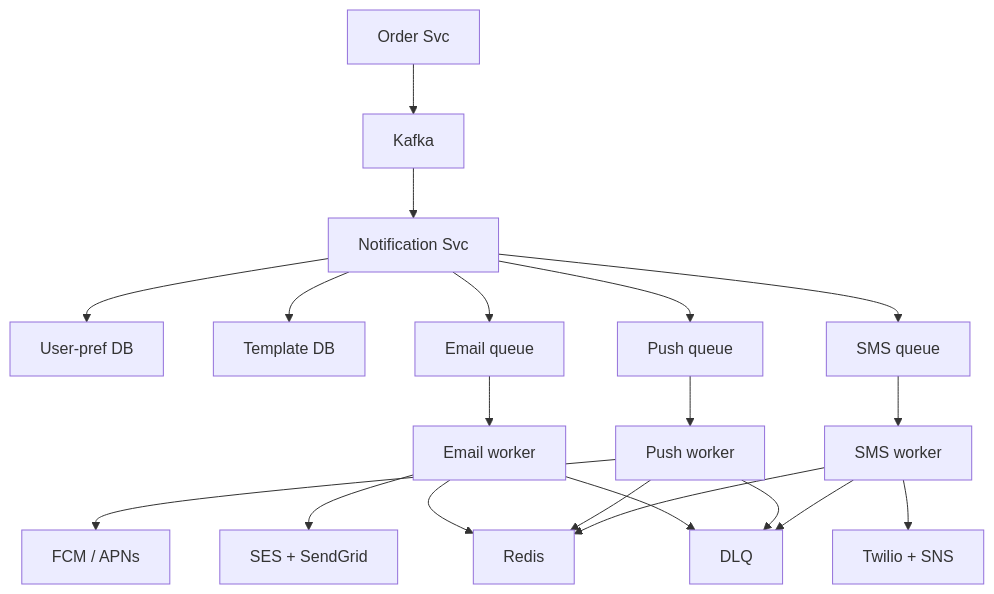
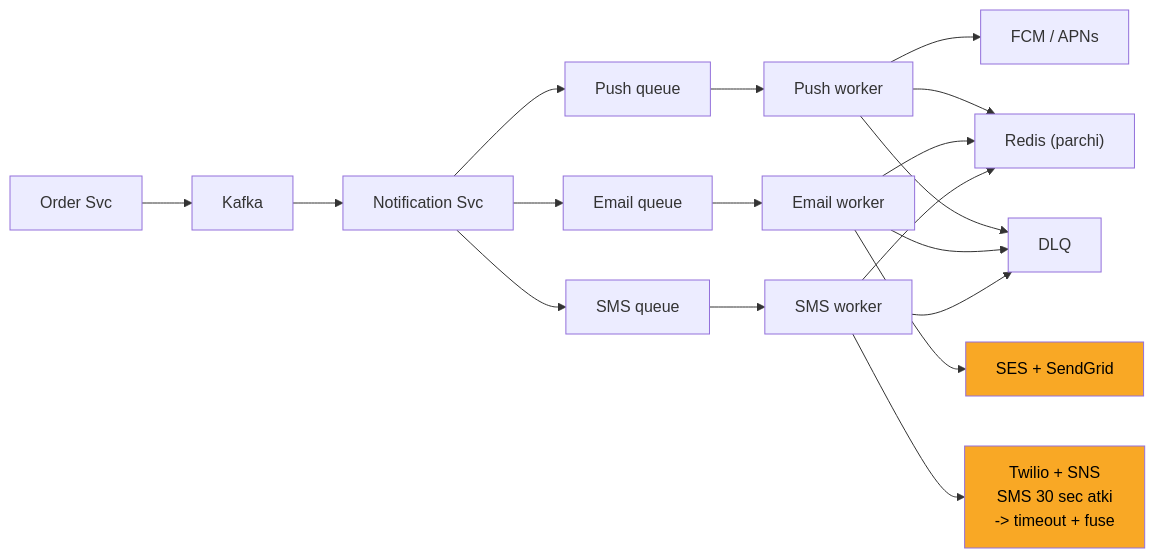
The seventh of 13 diagrams in 04_HLD/SYSTEM_DESIGNS/04_notification_system/04_notification_system.md (ArpanMaheshwari144/Prep), drawn with Mermaid before and after one commit. The commit also changed other lines of this file and 2 other files, not shown here.

Commit message:
notification, payment, file upload: one-day story, short cards, follow-ups with rules, highlighted diagrams

````diff
--- a/04_HLD/SYSTEM_DESIGNS/04_notification_system/04_notification_system.md
+++ b/04_HLD/SYSTEM_DESIGNS/04_notification_system/04_notification_system.md
@@ -381,38 +331,36 @@
 ```mermaid
-flowchart TD
+flowchart LR
     n_Order_Svc["Order Svc"]
     n_Kafka["Kafka"]
     n_Notification_Svc["Notification Svc"]
-    n_User_pref_DB["User-pref DB"]
-    n_Template_DB["Template DB"]
     n_Push_queue["Push queue"]
     n_Push_worker["Push worker"]
     n_FCM_APNs["FCM / APNs"]
     n_Email_queue["Email queue"]
     n_Email_worker["Email worker"]
-    n_SES_SendGrid["SES + SendGrid"]
+    n_SES["SES + SendGrid"]
     n_SMS_queue["SMS queue"]
     n_SMS_worker["SMS worker"]
-    n_Twilio_SNS["Twilio + SNS"]
-    n_Redis["Redis"]
+    n_Twilio["Twilio + SNS<br/>SMS 30 sec atki<br/>-> timeout + fuse"]
+    n_Redis["Redis (parchi)"]
     n_DLQ["DLQ"]
     n_Order_Svc --> n_Kafka
     n_Kafka --> n_Notification_Svc
-    n_Notification_Svc --> n_User_pref_DB
     n_Notification_Svc --> n_Push_queue
     n_Notification_Svc --> n_Email_queue
     n_Notification_Svc --> n_SMS_queue
-    n_Notification_Svc --> n_Template_DB
     n_Push_queue --> n_Push_worker
     n_Push_worker --> n_FCM_APNs
     n_Email_queue --> n_Email_worker
-    n_Email_worker --> n_SES_SendGrid
+    n_Email_worker --> n_SES
     n_SMS_queue --> n_SMS_worker
-    n_SMS_worker --> n_Twilio_SNS
-    n_SMS_worker --> n_Redis
-    n_SMS_worker --> n_DLQ
+    n_SMS_worker --> n_Twilio
     n_Push_worker --> n_Redis
     n_Email_worker --> n_Redis
+    n_SMS_worker --> n_Redis
     n_Push_worker --> n_DLQ
     n_Email_worker --> n_DLQ
+    n_SMS_worker --> n_DLQ
+    style n_Twilio fill:#f9a825,color:#000
+    style n_SES fill:#f9a825,color:#000
 ```
````
